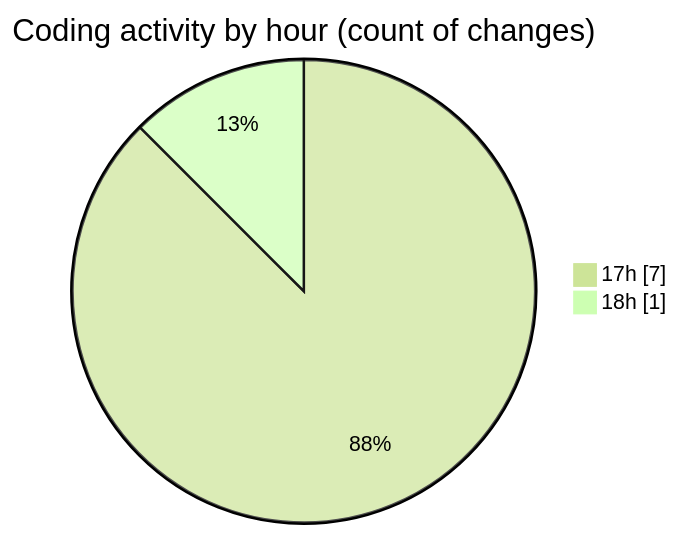
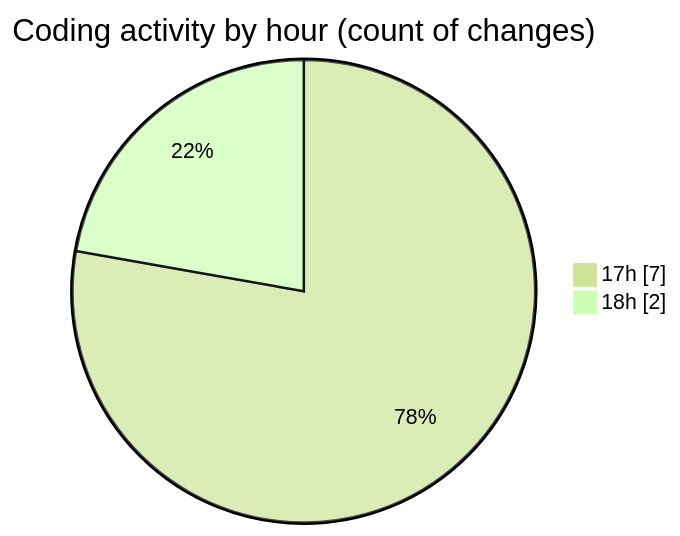
One commit to MatusMokan/code-tracking changed the second of 2 diagrams in 2025-01-12/myws__workspace_/README.md. Above: the diagram before and after it, drawn with Mermaid (forest theme). The commit also changed other lines of this file and 1 other file, not shown here.

````diff
--- a/2025-01-12/myws__workspace_/README.md
+++ b/2025-01-12/myws__workspace_/README.md
@@ -29,6 +29,6 @@
 ```mermaid
 pie showData
 title Coding activity by hour (count of changes)
 "17h" : 7
-"18h" : 1
+"18h" : 2
 ```
````
